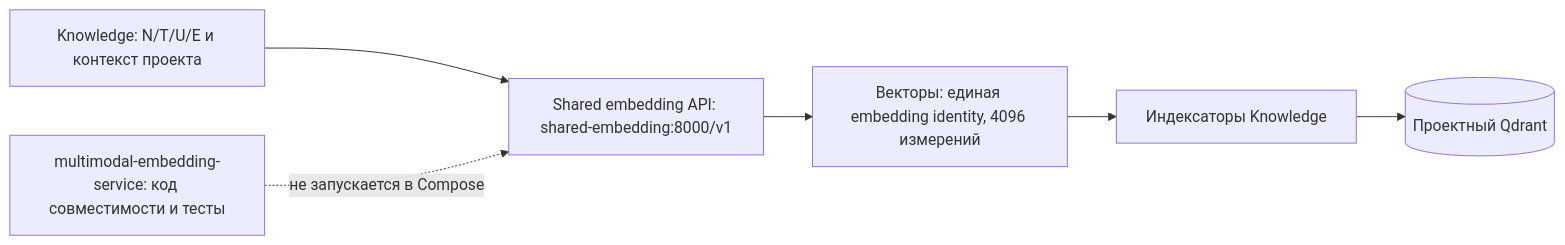
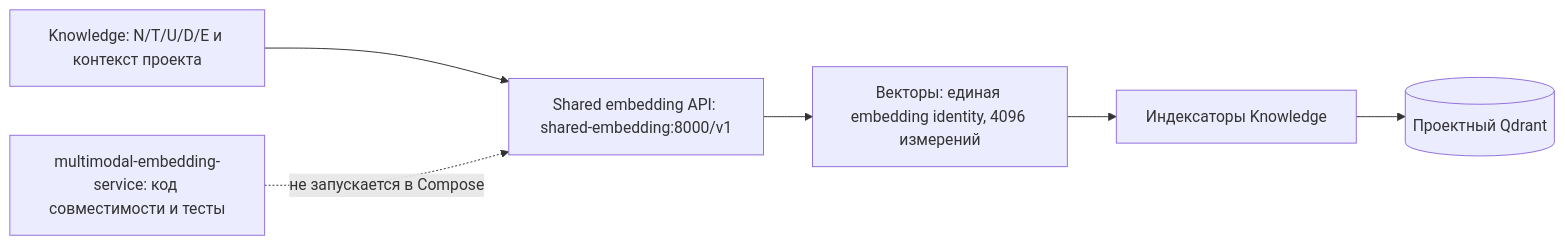
One commit to Amadu-A/PDRD-validation changed diagram 19 of 32 in README.md. Above: the diagram before and after it, drawn with Mermaid. The commit also changed other lines of this file and 72 other files, not shown here.

````diff
--- a/README.md
+++ b/README.md
@@ -813,8 +829,8 @@
 ```mermaid
 flowchart LR
-    KS["Knowledge: N/T/U/E и контекст проекта"] --> EMB["Shared embedding API: shared-embedding:8000/v1"]
+    KS["Knowledge: N/T/U/D/E и контекст проекта"] --> EMB["Shared embedding API: shared-embedding:8000/v1"]
     EMB --> VEC["Векторы: единая embedding identity, 4096 измерений"]
     VEC --> IDX["Индексаторы Knowledge"]
     IDX --> QD[("Проектный Qdrant")]
     LEGACY["multimodal-embedding-service: код совместимости и тесты"] -. не запускается в Compose .-> EMB
 ```
````
